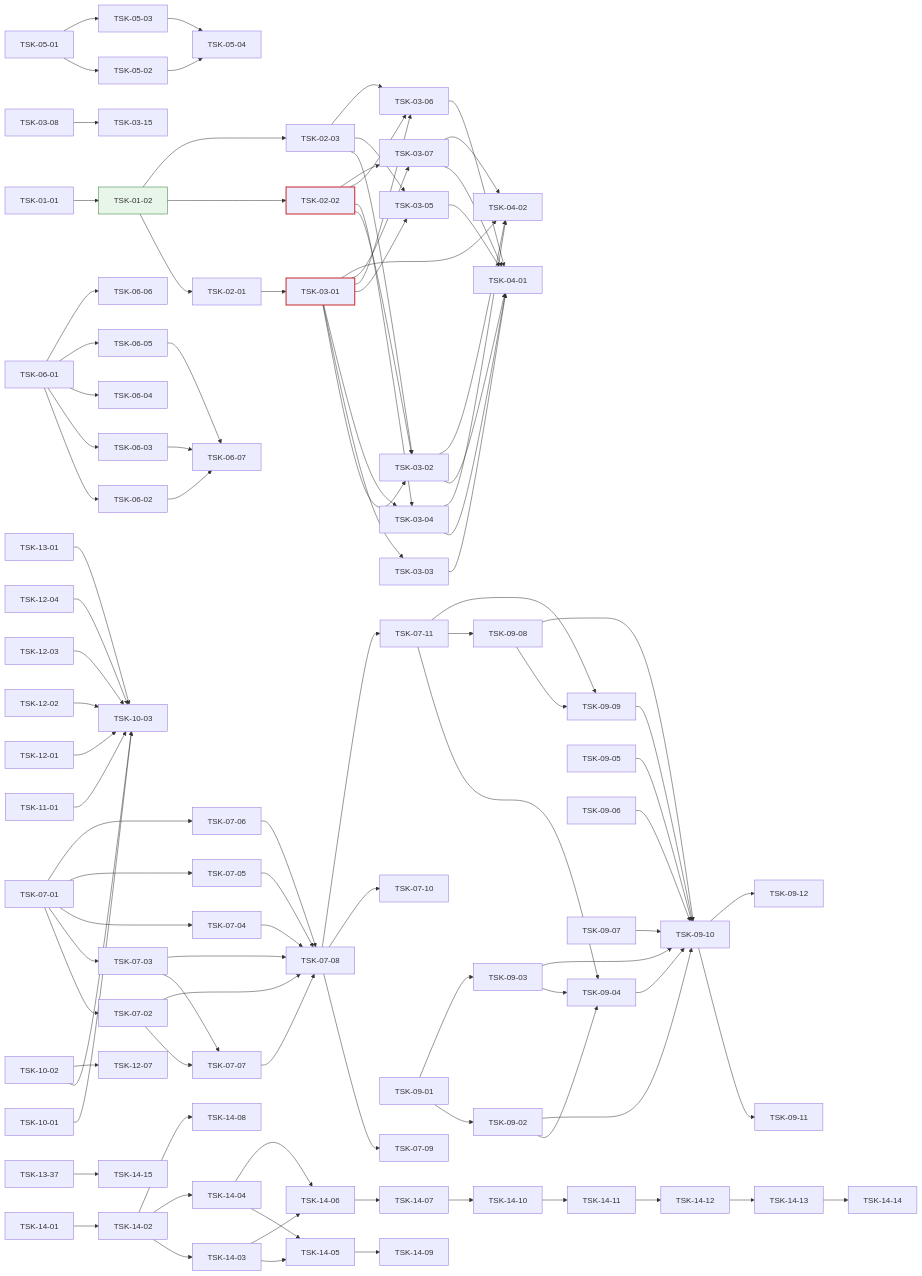
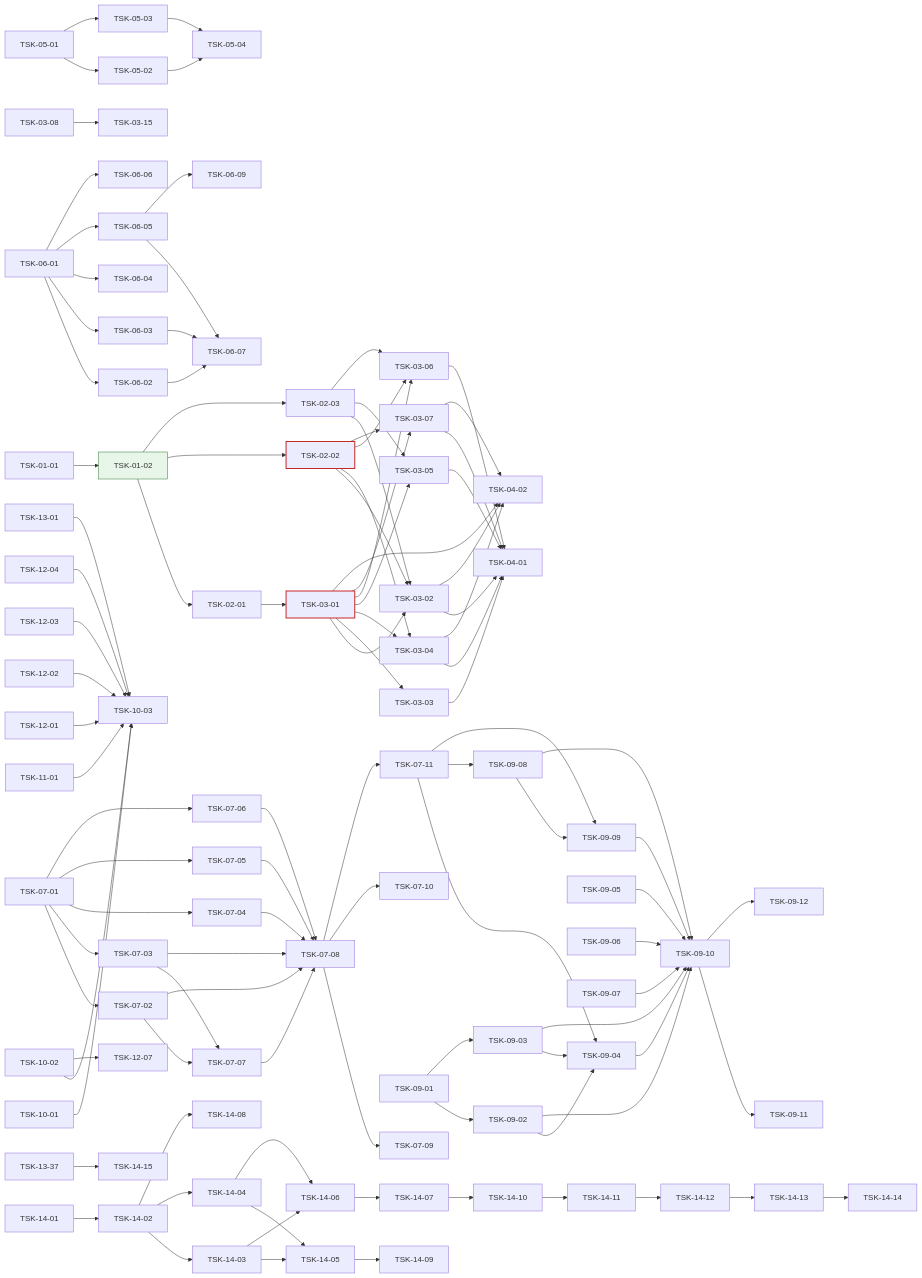
One commit to jongik-sv/oranda changed the diagram in docs/oranda1/wbs.md. Above: the diagram before and after it, drawn with Mermaid. The commit also changed other lines of this file and 9 other files, not shown here.

```diff
--- a/docs/oranda1/wbs.md
+++ b/docs/oranda1/wbs.md
@@ -1164,6 +1176,7 @@
   TSK-06-02 --> TSK-06-07
   TSK-06-03 --> TSK-06-07
   TSK-06-05 --> TSK-06-07
+  TSK-06-05 --> TSK-06-09
   TSK-07-01 --> TSK-07-02
   TSK-07-01 --> TSK-07-03
   TSK-07-01 --> TSK-07-04
```
